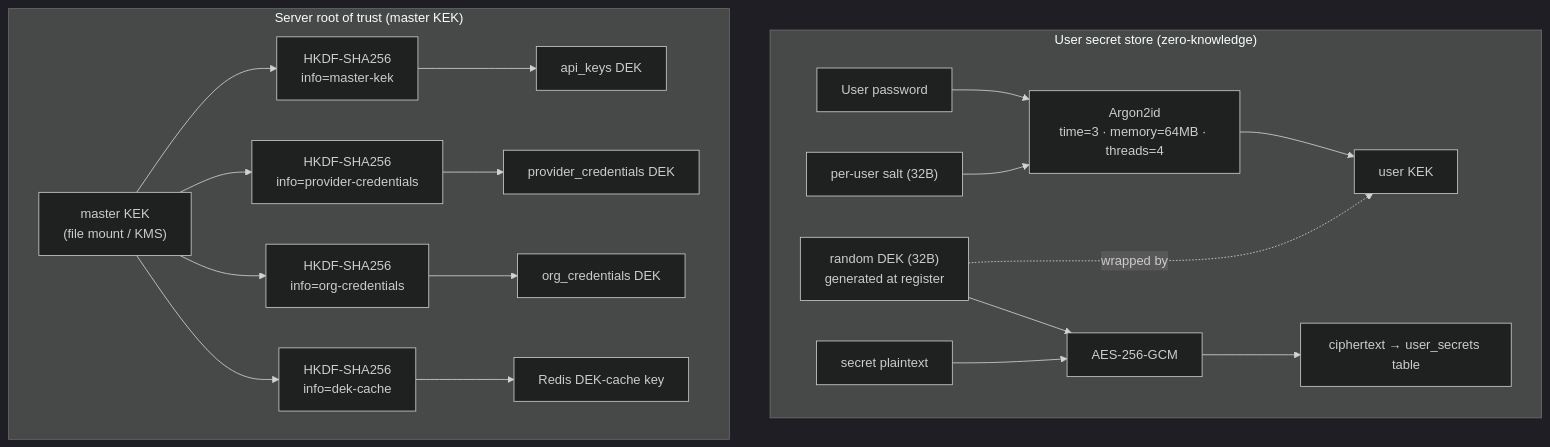
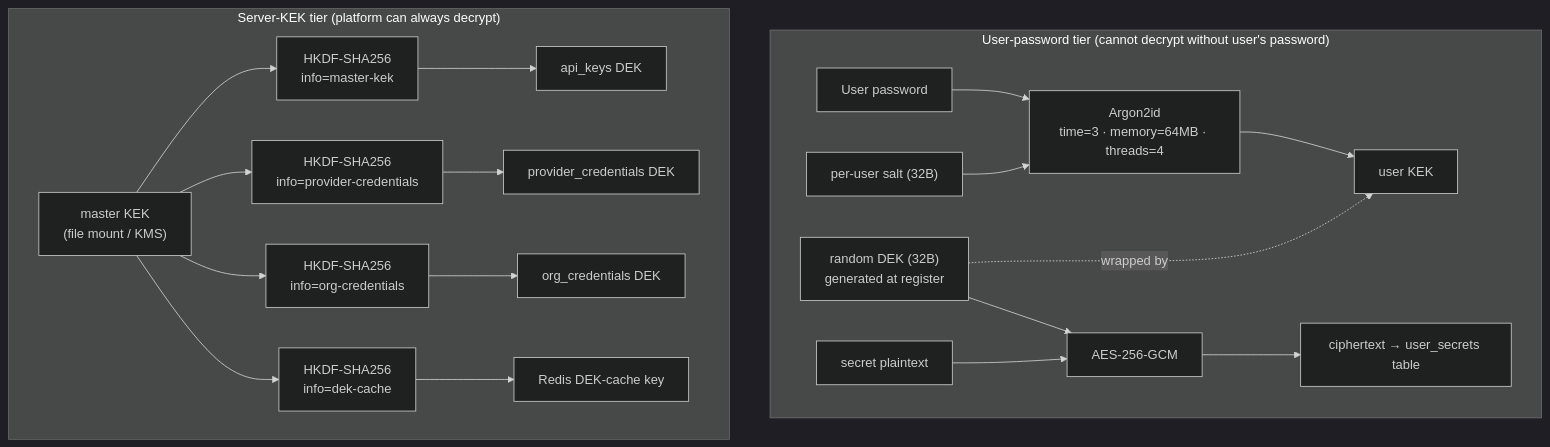
Before and after one commit to lenaxia/LLMSafeSpaces: the first of 2 diagrams in docs/architecture/secrets.md, drawn with Mermaid (dark theme). The commit also changed other lines of this file and 15 other files, not shown here.

````diff
--- a/docs/architecture/secrets.md
+++ b/docs/architecture/secrets.md
@@ -12,22 +12,22 @@
 ```mermaid
 flowchart TD
-    subgraph User["User secret store (zero-knowledge)"]
+    subgraph User["User-password tier (cannot decrypt without user's password)"]
         UP["User password"] --> ARG["Argon2id<br/>time=3 · memory=64MB · threads=4"]
         SALT["per-user salt (32B)"] --> ARG
         ARG --> UKEK["user KEK"]
         UDEK["random DEK (32B)<br/>generated at register"] -. wrapped by .-> UKEK
         UDEK --> GCM["AES-256-GCM"]
         PLAIN["secret plaintext"] --> GCM
         GCM --> CT["ciphertext → user_secrets table"]
     end
-    subgraph Server["Server root of trust (master KEK)"]
+    subgraph Server["Server-KEK tier (platform can always decrypt)"]
         MKEK["master KEK<br/>(file mount / KMS)"] --> HKDF1["HKDF-SHA256<br/>info=master-kek"]
         HKDF1 --> AKEK["api_keys DEK"]
         MKEK --> HKDF2["HKDF-SHA256<br/>info=provider-credentials"]
         HKDF2 --> PKEK["provider_credentials DEK"]
         MKEK --> HKDF3["HKDF-SHA256<br/>info=org-credentials"]
         HKDF3 --> OKEK["org_credentials DEK"]
         MKEK --> HKDF4["HKDF-SHA256<br/>info=dek-cache"]
         HKDF4 --> DKEK["Redis DEK-cache key"]
     end
 ```
````
